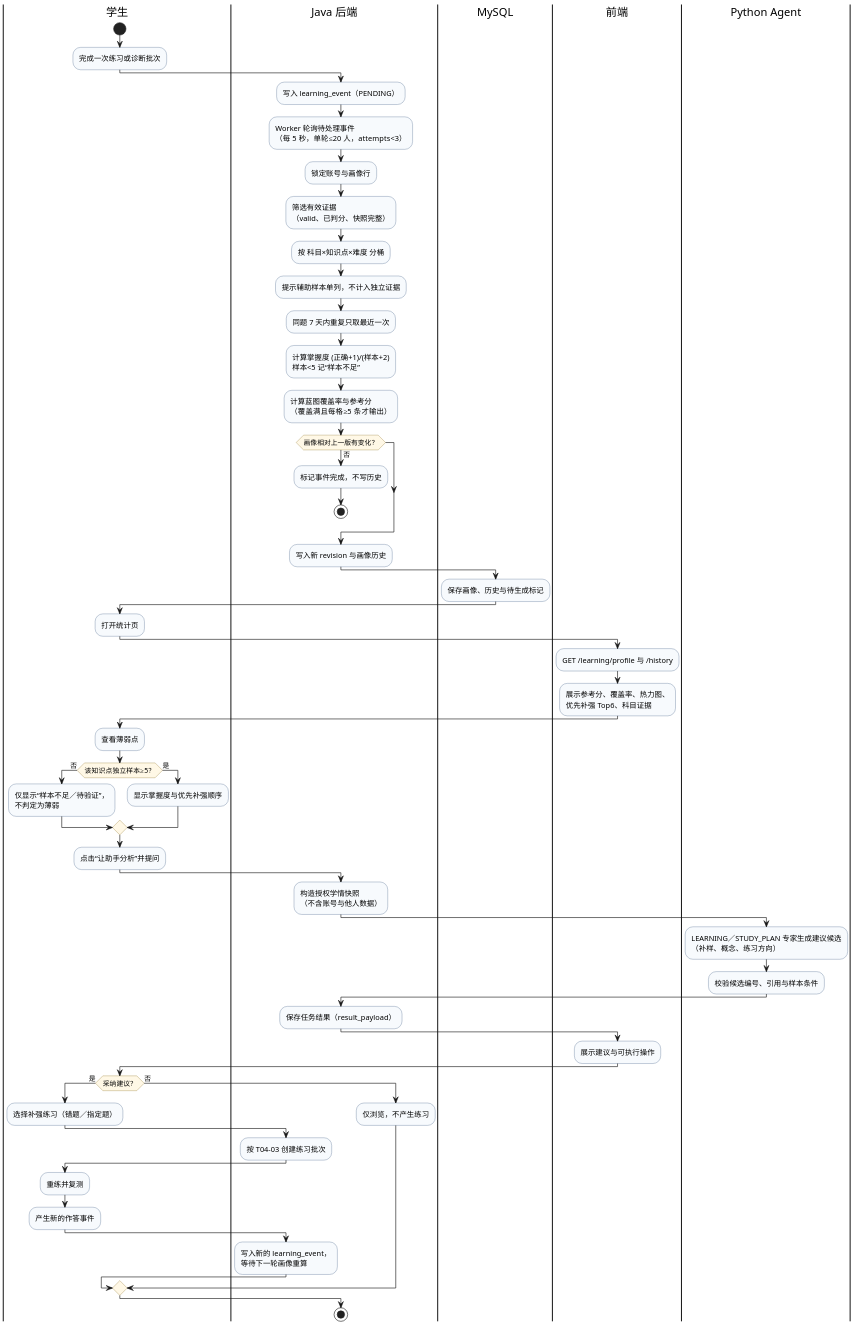
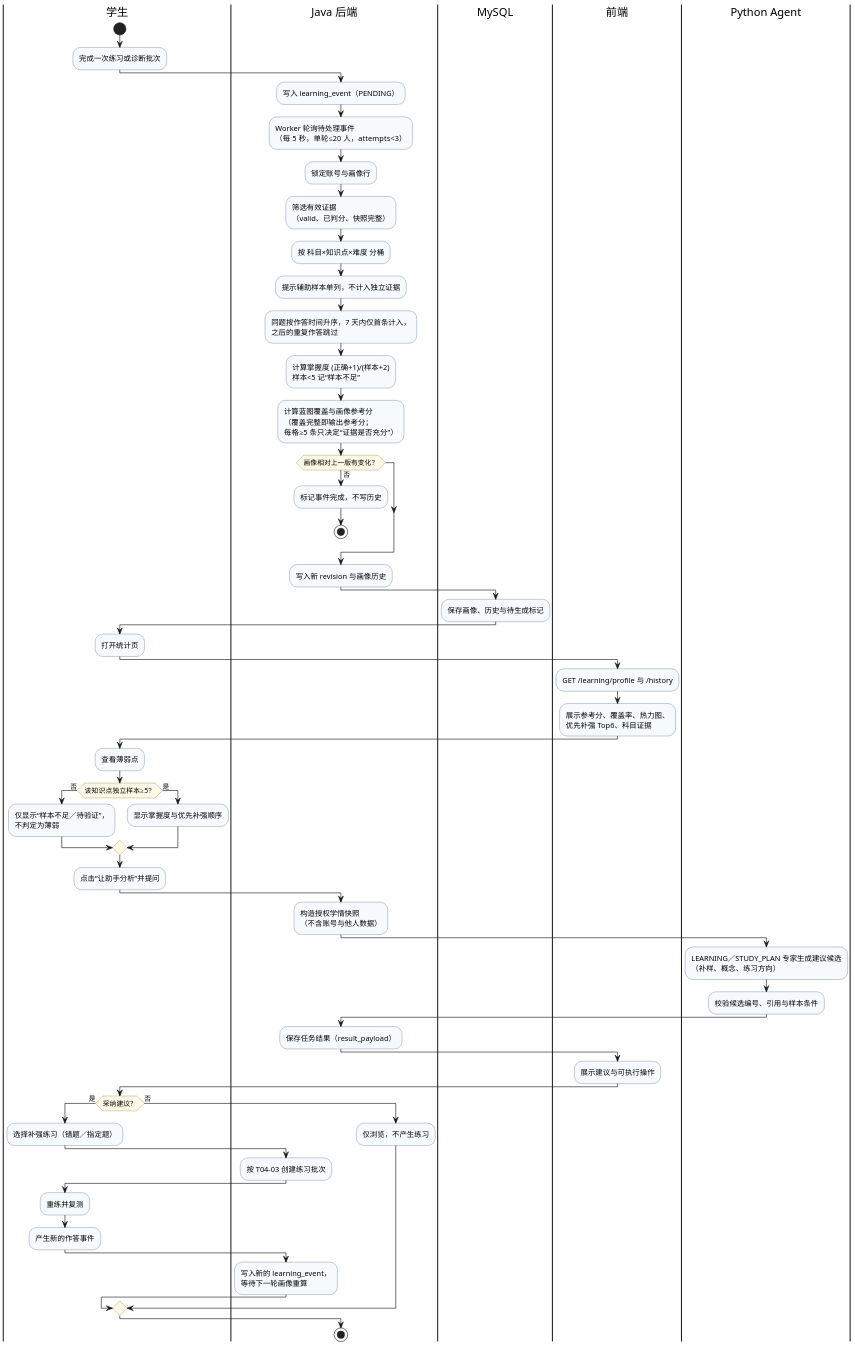
The diagram in docs/coursework-02/system/uml/T04-04_学情补强活动图.puml (5-bin/kaoyan-agent-platform), drawn with PlantUML before and after one commit. The commit also changed 11 other files, not shown here.

```diff
--- a/docs/coursework-02/system/uml/T04-04_学情补强活动图.puml
+++ b/docs/coursework-02/system/uml/T04-04_学情补强活动图.puml
@@ -1,68 +1,68 @@
 @startuml T04-04 学情补强活动图
 ' 图源：docs/coursework-02/system/uml/T04-04_学情补强活动图.puml
 ' 渲染：java -jar plantuml.jar -charset UTF-8 -tpng 本文件（活动图不依赖 Graphviz）
 skinparam shadowing false
 skinparam defaultFontName "Microsoft YaHei"
 skinparam dpi 160
 skinparam ActivityBackgroundColor #F7FAFD
 skinparam ActivityBorderColor #3C5A80
 skinparam ActivityDiamondBackgroundColor #FFF8E6
 skinparam ActivityDiamondBorderColor #8A6D1F
 
 |学生|
 start
 :完成一次练习或诊断批次;
 |Java 后端|
 :写入 learning_event（PENDING）;
 :Worker 轮询待处理事件\n（每 5 秒，单轮≤20 人，attempts<3）;
 :锁定账号与画像行;
 :筛选有效证据\n（valid、已判分、快照完整）;
 :按 科目×知识点×难度 分桶;
 :提示辅助样本单列，不计入独立证据;
-:同题 7 天内重复只取最近一次;
+:同题按作答时间升序，7 天内仅首条计入，\n之后的重复作答跳过;
 :计算掌握度 (正确+1)/(样本+2)\n样本<5 记“样本不足”;
-:计算蓝图覆盖率与参考分\n（覆盖满且每格≥5 条才输出）;
+:计算蓝图覆盖与画像参考分\n（覆盖完整即输出参考分；\n每格≥5 条只决定“证据是否充分”）;
 if (画像相对上一版有变化？) then (否)
   :标记事件完成，不写历史;
   stop
 endif
 :写入新 revision 与画像历史;
 |MySQL|
 :保存画像、历史与待生成标记;
 |学生|
 :打开统计页;
 |前端|
 :GET /learning/profile 与 /history;
 :展示参考分、覆盖率、热力图、\n优先补强 Top6、科目证据;
 |学生|
 :查看薄弱点;
 if (该知识点独立样本≥5？) then (否)
   :仅显示“样本不足／待验证”，\n不判定为薄弱;
 else (是)
   :显示掌握度与优先补强顺序;
 endif
 :点击“让助手分析”并提问;
 |Java 后端|
 :构造授权学情快照\n（不含账号与他人数据）;
 |Python Agent|
 :LEARNING／STUDY_PLAN 专家生成建议候选\n（补样、概念、练习方向）;
 :校验候选编号、引用与样本条件;
 |Java 后端|
 :保存任务结果（result_payload）;
 |前端|
 :展示建议与可执行操作;
 |学生|
 if (采纳建议？) then (是)
   :选择补强练习（错题／指定题）;
   |Java 后端|
   :按 T04-03 创建练习批次;
   |学生|
   :重练并复测;
   :产生新的作答事件;
   |Java 后端|
   :写入新的 learning_event，\n等待下一轮画像重算;
 else (否)
   :仅浏览，不产生练习;
 endif
 stop
 @enduml
```
